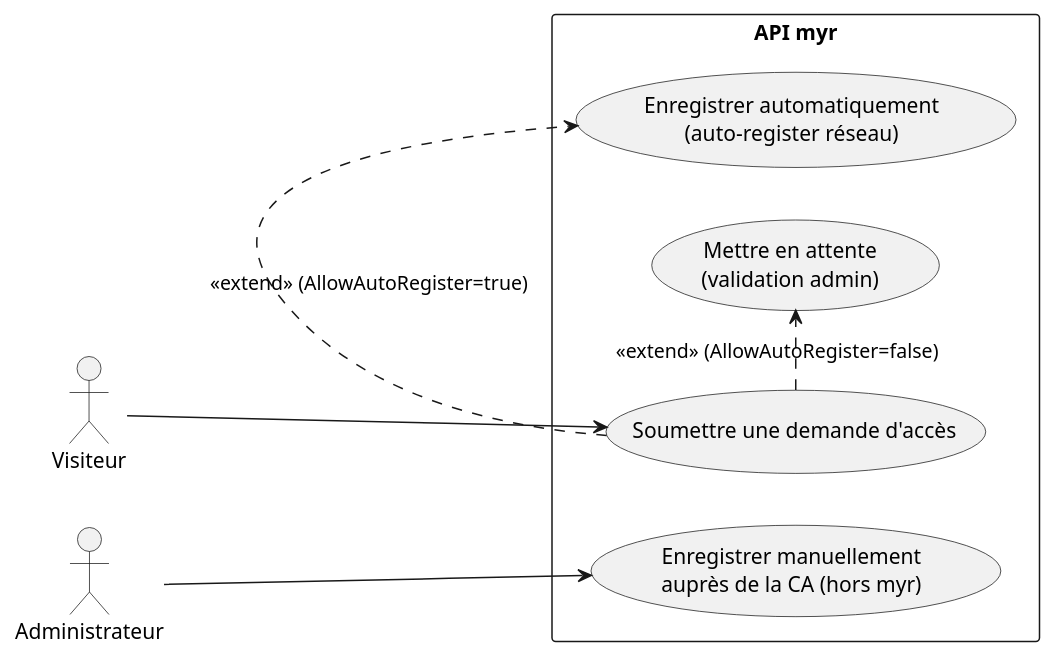
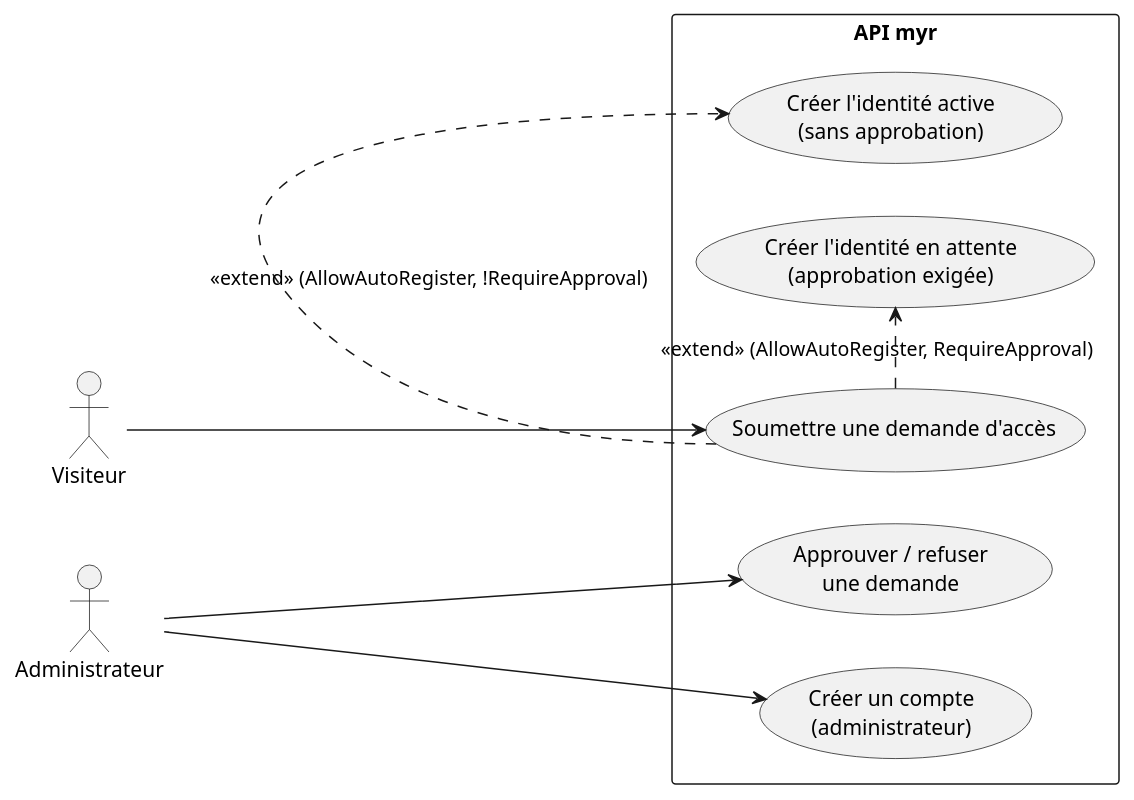
Before and after one commit to myr-forge/myr-core: the first of 2 diagrams in specs/2-Analyse/UCA-Compte_et_Acces/UCA01.md, drawn with PlantUML. The commit also changed other lines of this file and 28 other files, not shown here.

````diff
--- a/specs/2-Analyse/UCA-Compte_et_Acces/UCA01.md
+++ b/specs/2-Analyse/UCA-Compte_et_Acces/UCA01.md
@@ -25,21 +25,23 @@
 ```plantuml
 @startuml
 left to right direction
 
 actor "Visiteur" as V
 actor "Administrateur" as ADM
 
 rectangle "API myr" {
     usecase "Soumettre une demande d'accès" as UC1
-    usecase "Enregistrer automatiquement\n(auto-register réseau)" as UC2
-    usecase "Mettre en attente\n(validation admin)" as UC3
-    usecase "Enregistrer manuellement\nauprès de la CA (hors myr)" as UC4
+    usecase "Créer l'identité active\n(sans approbation)" as UC2
+    usecase "Créer l'identité en attente\n(approbation exigée)" as UC3
+    usecase "Approuver / refuser\nune demande" as UC4
+    usecase "Créer un compte\n(administrateur)" as UC5
 }
 
 V --> UC1
-UC1 .> UC2 : <<extend>> (AllowAutoRegister=true)
-UC1 .> UC3 : <<extend>> (AllowAutoRegister=false)
+UC1 .> UC2 : <<extend>> (AllowAutoRegister, !RequireApproval)
+UC1 .> UC3 : <<extend>> (AllowAutoRegister, RequireApproval)
 ADM --> UC4
+ADM --> UC5
 
 @enduml
 ```
````
